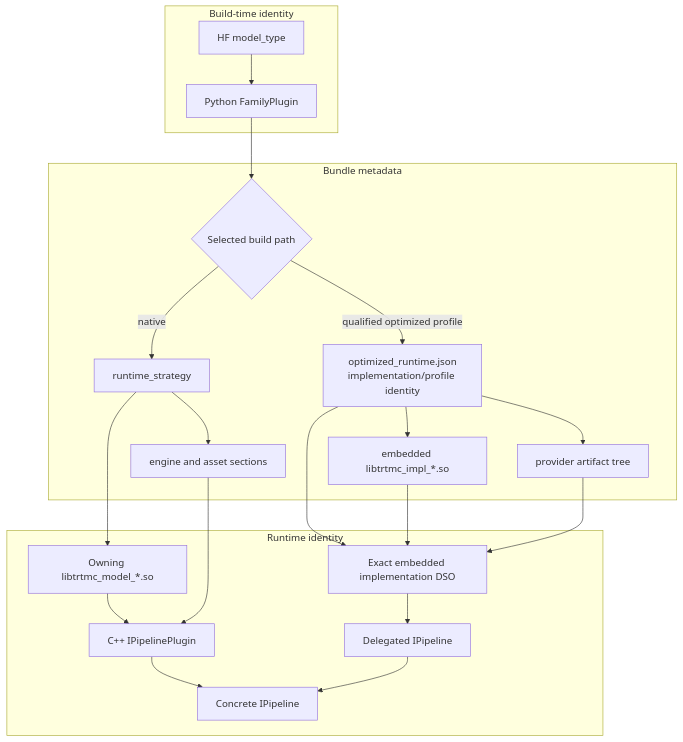
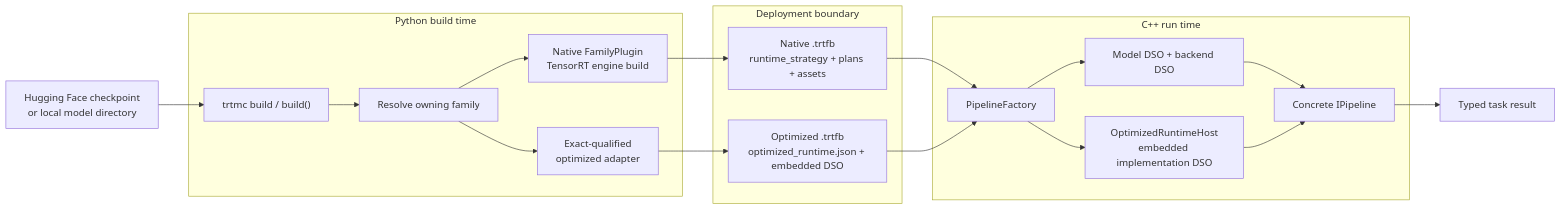
One commit to NVIDIA/TensorRT-Model-Connect changed the diagram in website/docs/architecture/overview.md. Above: the diagram before and after it, drawn with Mermaid. The commit also changed other lines of this file and 86 other files, not shown here.

````diff
--- a/website/docs/architecture/overview.md
+++ b/website/docs/architecture/overview.md
@@ -168,27 +21,32 @@
 ```mermaid
-flowchart TB
-  subgraph BuildTime["Build-time identity"]
-    ModelType["HF model_type"] --> Family["Python FamilyPlugin"]
+flowchart LR
+  Source["Hugging Face checkpoint<br/>or local model directory"]
+
+  subgraph Build["Python build time"]
+    Router["trtmc build / build()"]
+    Family["Resolve owning family"]
+    NativeBuilder["Native FamilyPlugin<br/>TensorRT engine build"]
+    OptimizedAdapter["Exact-qualified<br/>optimized adapter"]
   end
 
-  subgraph BundleTime["Bundle metadata"]
-    Family --> BuildPath{"Selected build path"}
-    BuildPath -->|native| Strategy["runtime_strategy"]
-    Strategy --> Sections["engine and asset sections"]
-    BuildPath -->|qualified optimized profile| Descriptor["optimized_runtime.json<br/>implementation/profile identity"]
-    Descriptor --> ProviderLibrary["embedded libtrtmc_impl_*.so"]
-    Descriptor --> ProviderArtifacts["provider artifact tree"]
+  subgraph Artifact["Deployment boundary"]
+    NativeBundle["Native .trtfb<br/>runtime_strategy + plans + assets"]
+    OptimizedBundle["Optimized .trtfb<br/>optimized_runtime.json + embedded DSO"]
   end
 
-  subgraph RunTime["Runtime identity"]
-    Strategy --> DSO["Owning libtrtmc_model_*.so"]
-    DSO --> CppPlugin["C++ IPipelinePlugin"]
-    Sections --> CppPlugin
-    Descriptor --> ProviderDSO["Exact embedded implementation DSO"]
-    ProviderLibrary --> ProviderDSO
-    ProviderArtifacts --> ProviderDSO
-    ProviderDSO --> Delegated["Delegated IPipeline"]
-    CppPlugin --> Pipeline["Concrete IPipeline"]
-    Delegated --> Pipeline
+  subgraph Runtime["C++ run time"]
+    Factory["PipelineFactory"]
+    NativeRuntime["Model DSO + backend DSO"]
+    OptimizedRuntime["OptimizedRuntimeHost<br/>embedded implementation DSO"]
+    Pipeline["Concrete IPipeline"]
   end
+
+  Result["Typed task result"]
+
+  Source --> Router --> Family
+  Family --> NativeBuilder --> NativeBundle
+  Family --> OptimizedAdapter --> OptimizedBundle
+  NativeBundle --> Factory --> NativeRuntime --> Pipeline
+  OptimizedBundle --> Factory --> OptimizedRuntime --> Pipeline
+  Pipeline --> Result
 ```
````
